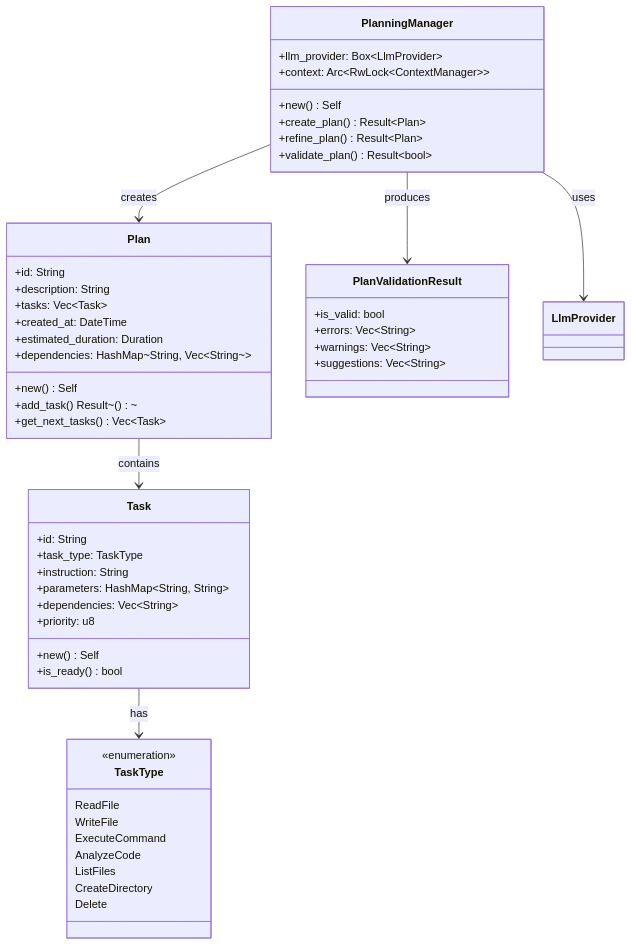
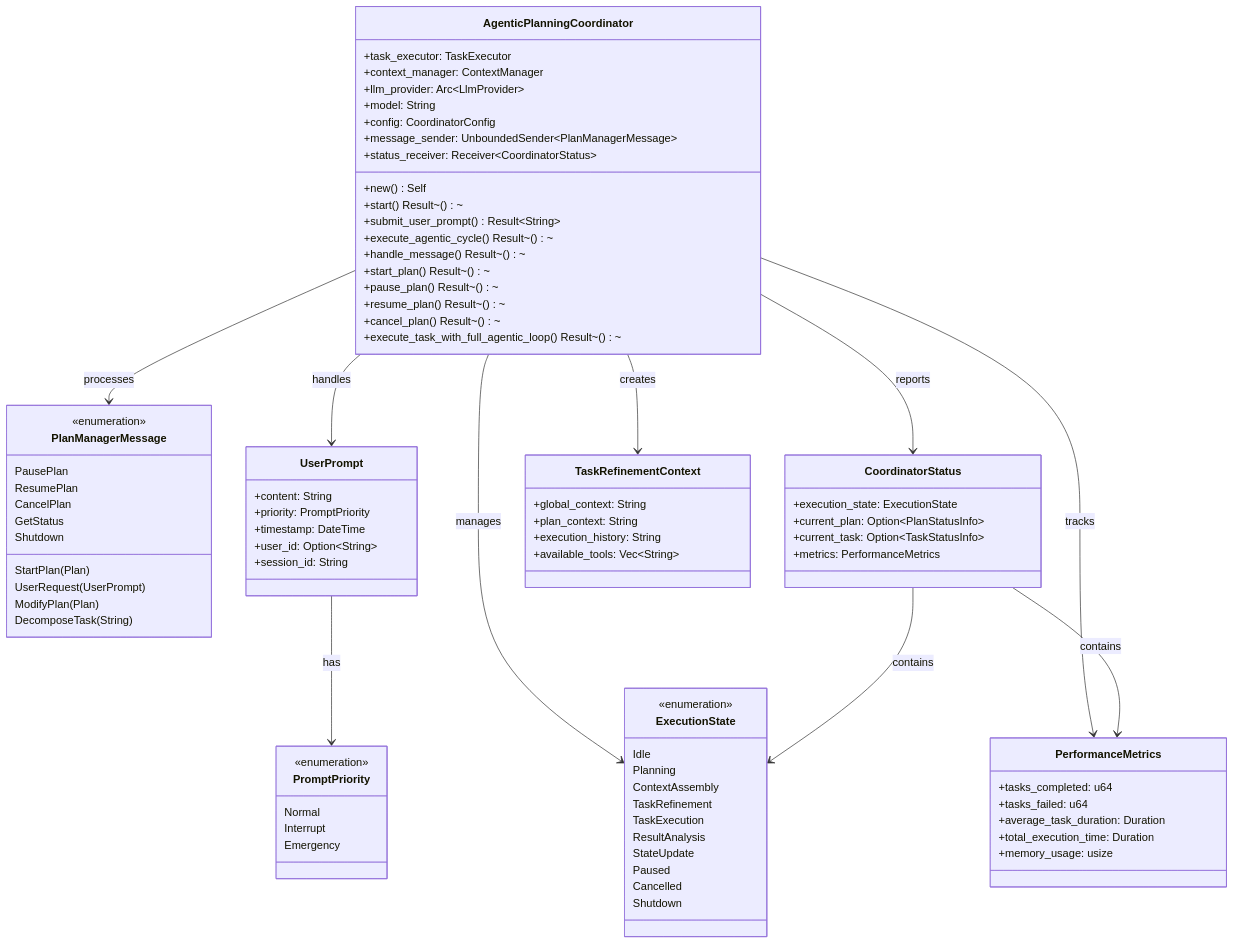
The fifth of 11 diagrams in docs/component-relationships.md (ReOpsIL/KAIX), drawn with Mermaid before and after one commit. The commit also changed other lines of this file and 12 other files, not shown here.

````diff
--- a/docs/component-relationships.md
+++ b/docs/component-relationships.md
@@ -273,58 +377,96 @@
 ```mermaid
 classDiagram
-    class PlanningManager {
-        +llm_provider: Box~LlmProvider~
-        +context: Arc~RwLock~ContextManager~~
+    class AgenticPlanningCoordinator {
+        +task_executor: TaskExecutor
+        +context_manager: ContextManager
+        +llm_provider: Arc~LlmProvider~
+        +model: String
+        +config: CoordinatorConfig
+        +message_sender: UnboundedSender~PlanManagerMessage~
+        +status_receiver: Receiver~CoordinatorStatus~
         +new() Self
-        +create_plan() Result~Plan~
-        +refine_plan() Result~Plan~
-        +validate_plan() Result~bool~
+        +start() Result~()~
+        +submit_user_prompt() Result~String~
+        +execute_agentic_cycle() Result~()~
+        +handle_message() Result~()~
+        +start_plan() Result~()~
+        +pause_plan() Result~()~
+        +resume_plan() Result~()~
+        +cancel_plan() Result~()~
+        +execute_task_with_full_agentic_loop() Result~()~
     }
     
-    class Plan {
-        +id: String
-        +description: String
-        +tasks: Vec~Task~
-        +created_at: DateTime
-        +estimated_duration: Duration
-        +dependencies: HashMap~String, Vec~String~~
-        +new() Self
-        +add_task() Result~()~
-        +get_next_tasks() Vec~Task~
+    class PlanManagerMessage {
+        <<enumeration>>
+        StartPlan(Plan)
+        PausePlan
+        ResumePlan
+        CancelPlan
+        UserRequest(UserPrompt)
+        ModifyPlan(Plan)
+        GetStatus
+        DecomposeTask(String)
+        Shutdown
     }
     
-    class Task {
-        +id: String
-        +task_type: TaskType
-        +instruction: String
-        +parameters: HashMap~String, String~
-        +dependencies: Vec~String~
-        +priority: u8
-        +new() Self
-        +is_ready() bool
+    class UserPrompt {
+        +content: String
+        +priority: PromptPriority
+        +timestamp: DateTime
+        +user_id: Option~String~
+        +session_id: String
     }
     
-    class TaskType {
+    class PromptPriority {
         <<enumeration>>
-        ReadFile
-        WriteFile
-        ExecuteCommand
-        AnalyzeCode
-        ListFiles
-        CreateDirectory
-        Delete
+        Normal
+        Interrupt
+        Emergency
     }
     
-    class PlanValidationResult {
-        +is_valid: bool
-        +errors: Vec~String~
-        +warnings: Vec~String~
-        +suggestions: Vec~String~
+    class CoordinatorStatus {
+        +execution_state: ExecutionState
+        +current_plan: Option~PlanStatusInfo~
+        +current_task: Option~TaskStatusInfo~
+        +metrics: PerformanceMetrics
     }
     
-    PlanningManager --> Plan : creates
-    PlanningManager --> PlanValidationResult : produces
-    Plan --> Task : contains
-    Task --> TaskType : has
-    PlanningManager --> LlmProvider : uses
+    class ExecutionState {
+        <<enumeration>>
+        Idle
+        Planning
+        ContextAssembly
+        TaskRefinement
+        TaskExecution
+        ResultAnalysis
+        StateUpdate
+        Paused
+        Cancelled
+        Shutdown
+    }
+    
+    class PerformanceMetrics {
+        +tasks_completed: u64
+        +tasks_failed: u64
+        +average_task_duration: Duration
+        +total_execution_time: Duration
+        +memory_usage: usize
+    }
+    
+    class TaskRefinementContext {
+        +global_context: String
+        +plan_context: String
+        +execution_history: String
+        +available_tools: Vec~String~
+    }
+    
+    AgenticPlanningCoordinator --> PlanManagerMessage : processes
+    AgenticPlanningCoordinator --> UserPrompt : handles
+    AgenticPlanningCoordinator --> CoordinatorStatus : reports
+    AgenticPlanningCoordinator --> ExecutionState : manages
+    AgenticPlanningCoordinator --> PerformanceMetrics : tracks
+    AgenticPlanningCoordinator --> TaskRefinementContext : creates
+    UserPrompt --> PromptPriority : has
+    CoordinatorStatus --> ExecutionState : contains
+    CoordinatorStatus --> PerformanceMetrics : contains
 ```
````
